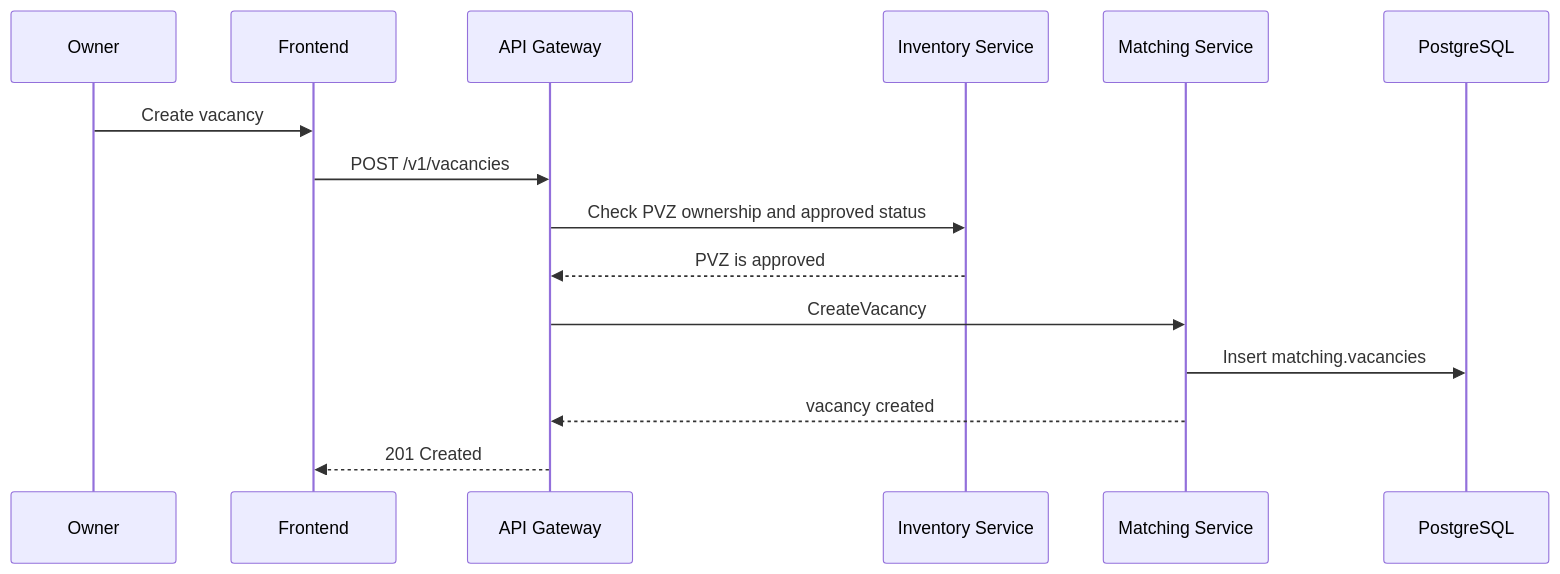
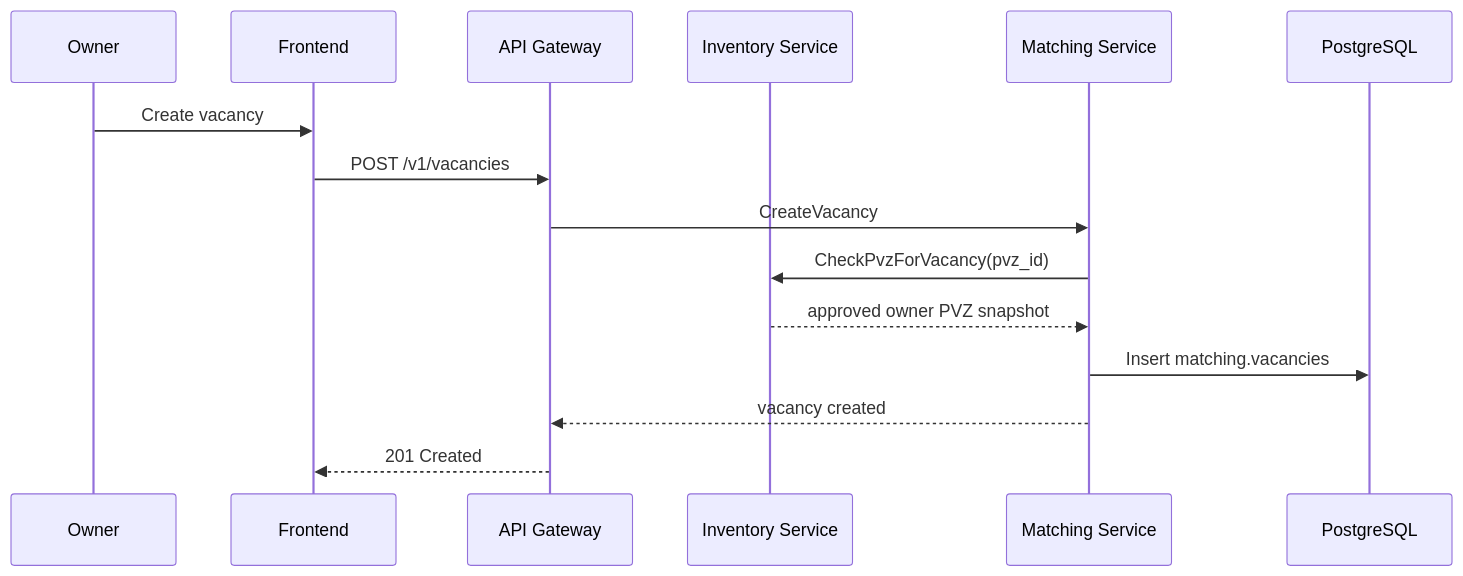
The eighth of 15 diagrams in docs/sequence-diagrams.md (tmcrypted/berusmenu), drawn with Mermaid before and after one commit. The commit also changed other lines of this file and 91 other files, not shown here.

````diff
--- a/docs/sequence-diagrams.md
+++ b/docs/sequence-diagrams.md
@@ -174,18 +176,18 @@
 ```mermaid
 sequenceDiagram
     participant Owner
     participant FE as Frontend
     participant GW as API Gateway
     participant INV as Inventory Service
     participant MATCH as Matching Service
     participant PG as PostgreSQL
 
     Owner->>FE: Create vacancy
     FE->>GW: POST /v1/vacancies
-    GW->>INV: Check PVZ ownership and approved status
-    INV-->>GW: PVZ is approved
     GW->>MATCH: CreateVacancy
+    MATCH->>INV: CheckPvzForVacancy(pvz_id)
+    INV-->>MATCH: approved owner PVZ snapshot
     MATCH->>PG: Insert matching.vacancies
     MATCH-->>GW: vacancy created
     GW-->>FE: 201 Created
 ```
````
